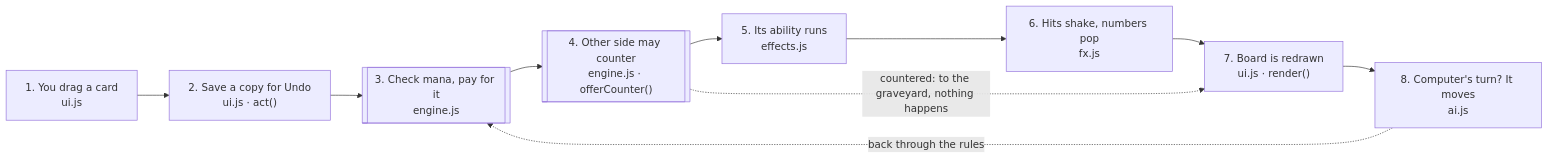
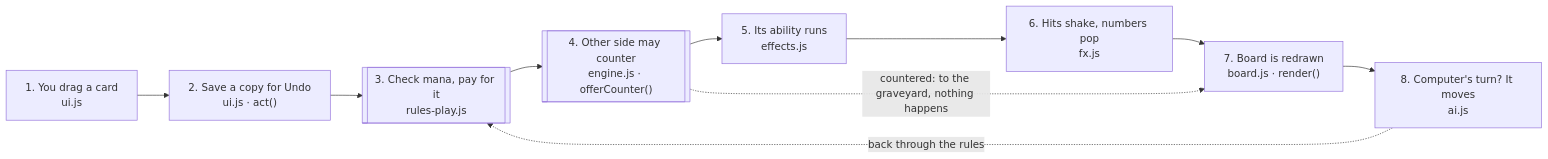
The third of 4 diagrams in docs/code-map.md (dmolloy98-stack-stack/Shardfall_TCG), drawn with Mermaid before and after one commit. The commit also changed other lines of this file and 19 other files, not shown here.

````diff
--- a/docs/code-map.md
+++ b/docs/code-map.md
@@ -92,12 +92,12 @@
 ```mermaid
 flowchart LR
   a["1. You drag a card<br/>ui.js"] --> b["2. Save a copy for Undo<br/>ui.js · act()"]
-  b --> c[["3. Check mana, pay for it<br/>engine.js"]]
+  b --> c[["3. Check mana, pay for it<br/>rules-play.js"]]
   c --> k[["4. Other side may counter<br/>engine.js · offerCounter()"]]
   k --> d["5. Its ability runs<br/>effects.js"]
   d --> e["6. Hits shake, numbers pop<br/>fx.js"]
-  e --> f["7. Board is redrawn<br/>ui.js · render()"]
+  e --> f["7. Board is redrawn<br/>board.js · render()"]
   f --> g["8. Computer's turn? It moves<br/>ai.js"]
   k -.->|countered: to the graveyard, nothing happens| f
   g -.->|back through the rules| c
 ```
````
